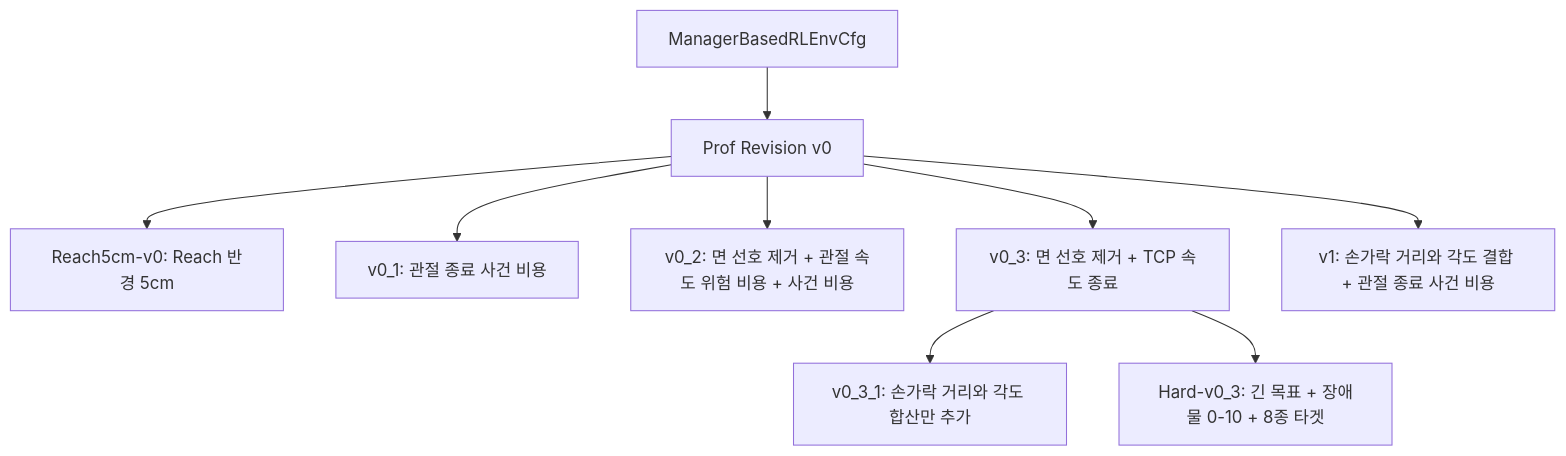
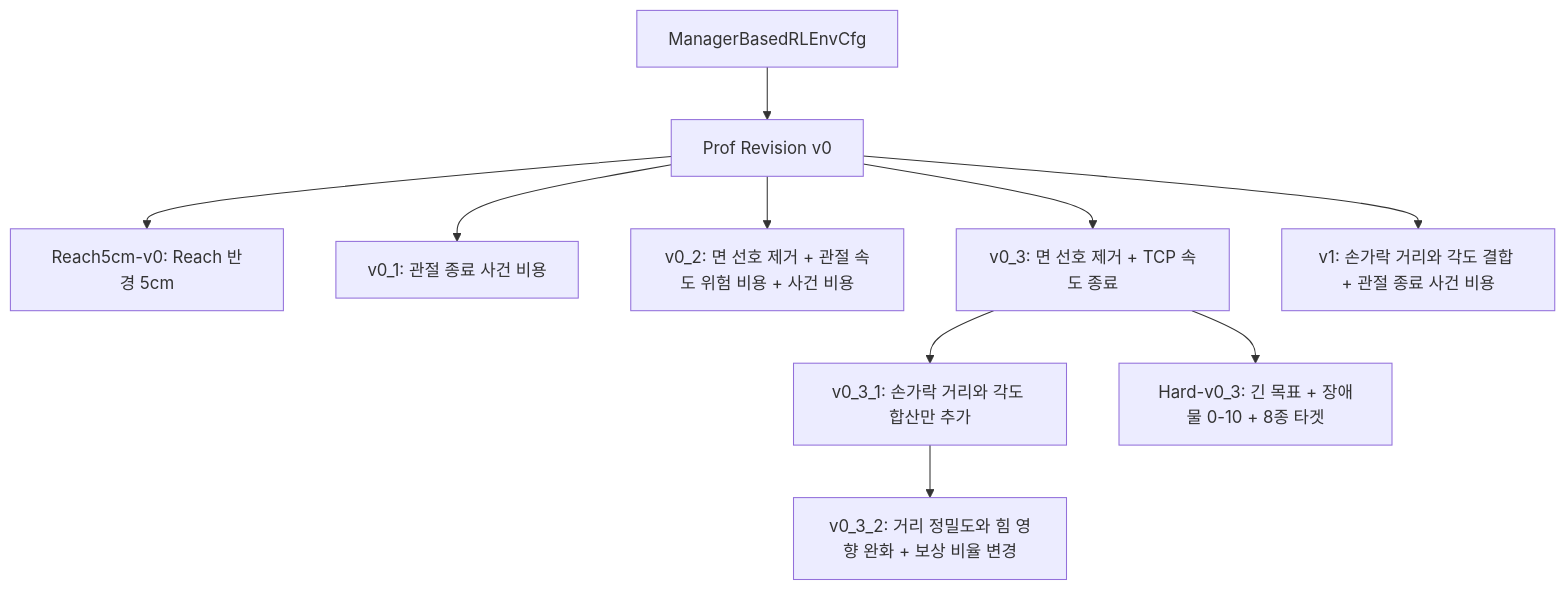
Before and after one commit to 7cmdehdrb/Contact-Rich-Manipulation-Context: the first of 2 diagrams in 02_implementation/environments/PROF_REVISION_FAMILY.md, drawn with Mermaid. The commit also changed other lines of this file and 10 other files, not shown here.

````diff
--- a/02_implementation/environments/PROF_REVISION_FAMILY.md
+++ b/02_implementation/environments/PROF_REVISION_FAMILY.md
@@ -29,11 +31,12 @@
 ```mermaid
 flowchart TD
     M[ManagerBasedRLEnvCfg] --> B[Prof Revision v0]
     B --> R[Reach5cm-v0: Reach 반경 5cm]
     B --> A[v0_1: 관절 종료 사건 비용]
     B --> C[v0_2: 면 선호 제거 + 관절 속도 위험 비용 + 사건 비용]
     B --> D[v0_3: 면 선호 제거 + TCP 속도 종료]
     D --> F[v0_3_1: 손가락 거리와 각도 합산만 추가]
+    F --> P[v0_3_2: 거리 정밀도와 힘 영향 완화 + 보상 비율 변경]
     D --> H[Hard-v0_3: 긴 목표 + 장애물 0-10 + 8종 타겟]
     B --> E[v1: 손가락 거리와 각도 결합 + 관절 종료 사건 비용]
 ```
````
